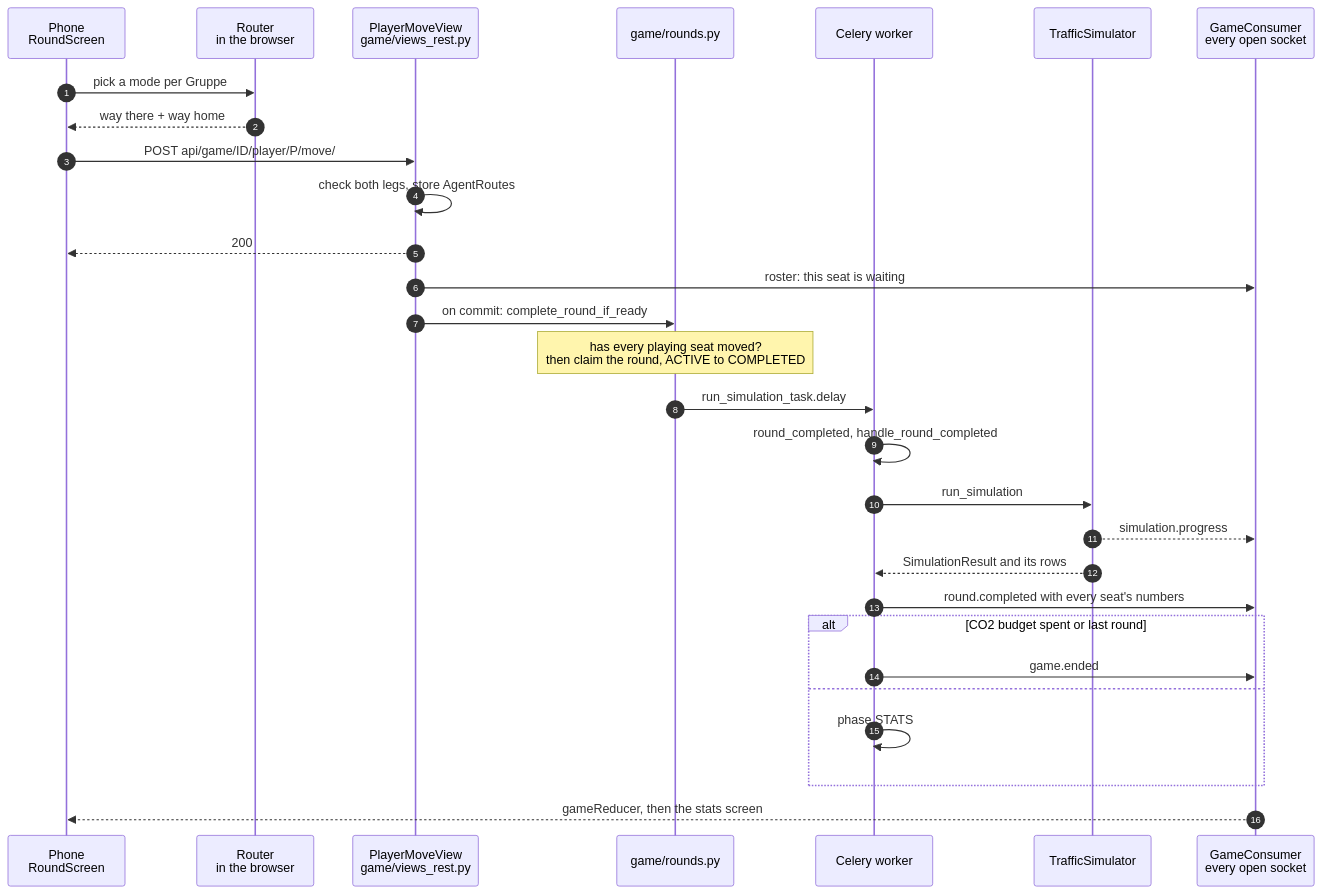
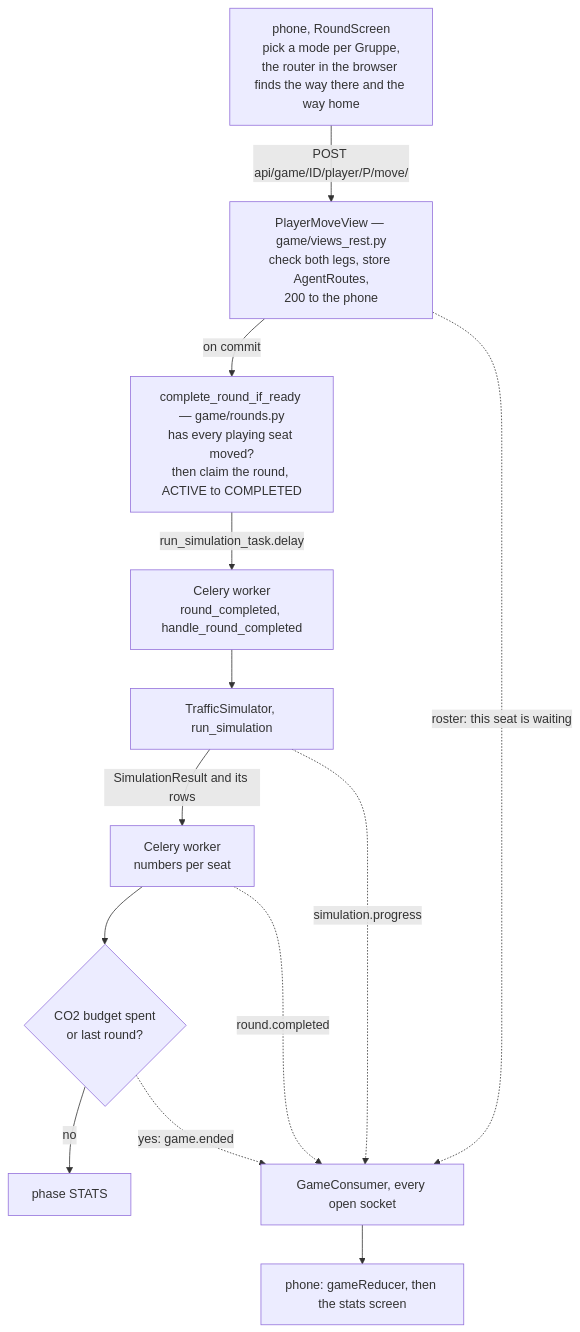
One commit to luke-hirsch/co2mmute changed the fifth of 12 diagrams in docs/en-flowcharts.md. Above: the diagram before and after it, drawn with Mermaid. The commit also changed other lines of this file and 16 other files, not shown here.

````diff
--- a/docs/en-flowcharts.md
+++ b/docs/en-flowcharts.md
@@ -175,32 +181,16 @@
 ```mermaid
-sequenceDiagram
-    autonumber
-    participant P as Phone<br>RoundScreen
-    participant R as Router<br>in the browser
-    participant API as PlayerMoveView<br>game/views_rest.py
-    participant RD as game/rounds.py
-    participant W as Celery worker
-    participant S as TrafficSimulator
-    participant WS as GameConsumer<br>every open socket
-
-    P->>R: pick a mode per Gruppe
-    R-->>P: way there + way home
-    P->>API: POST api/game/ID/player/P/move/
-    API->>API: check both legs, store AgentRoutes
-    API-->>P: 200
-    API->>WS: roster: this seat is waiting
-    API->>RD: on commit: complete_round_if_ready
-    Note over RD: has every playing seat moved?<br>then claim the round, ACTIVE to COMPLETED
-    RD->>W: run_simulation_task.delay
-    W->>W: round_completed, handle_round_completed
-    W->>S: run_simulation
-    S-->>WS: simulation.progress
-    S-->>W: SimulationResult and its rows
-    W->>WS: round.completed with every seat's numbers
-    alt CO2 budget spent or last round
-        W->>WS: game.ended
-    else
-        W->>W: phase STATS
-    end
-    WS-->>P: gameReducer, then the stats screen
+flowchart TD
+    pick["phone, RoundScreen<br>pick a mode per Gruppe,<br>the router in the browser finds the way there and the way home"]
+    pick -->|"POST api/game/ID/player/P/move/"| move["PlayerMoveView — game/views_rest.py<br>check both legs, store AgentRoutes,<br>200 to the phone"]
+    move -->|"on commit"| ready["complete_round_if_ready — game/rounds.py<br>has every playing seat moved?<br>then claim the round, ACTIVE to COMPLETED"]
+    ready -->|"run_simulation_task.delay"| worker["Celery worker<br>round_completed, handle_round_completed"]
+    worker --> sim["TrafficSimulator, run_simulation"]
+    sim -->|"SimulationResult and its rows"| numbers["Celery worker<br>numbers per seat"]
+    numbers --> over{"CO2 budget spent<br>or last round?"}
+    over -->|"no"| stats["phase STATS"]
+    sockets["GameConsumer, every open socket"] --> screen["phone: gameReducer, then the stats screen"]
+    move -.->|"roster: this seat is waiting"| sockets
+    sim -.->|"simulation.progress"| sockets
+    numbers -.->|"round.completed"| sockets
+    over -.->|"yes: game.ended"| sockets
 ```
````
